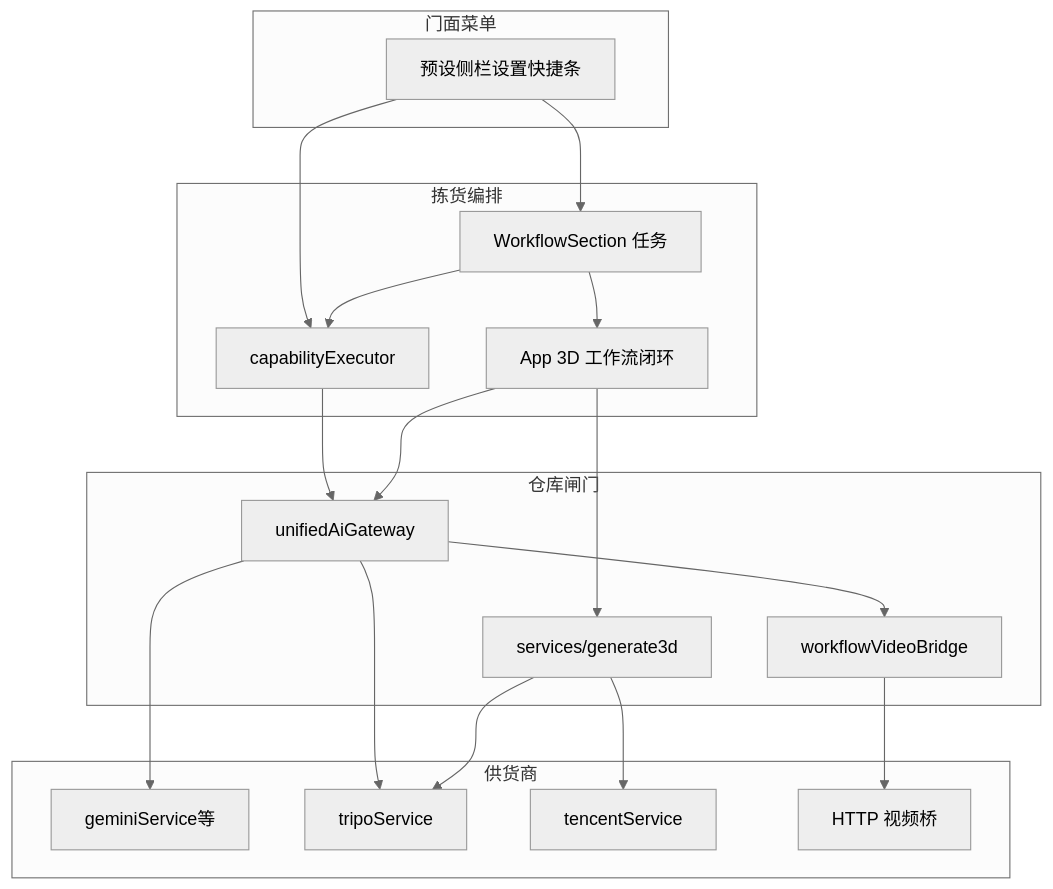
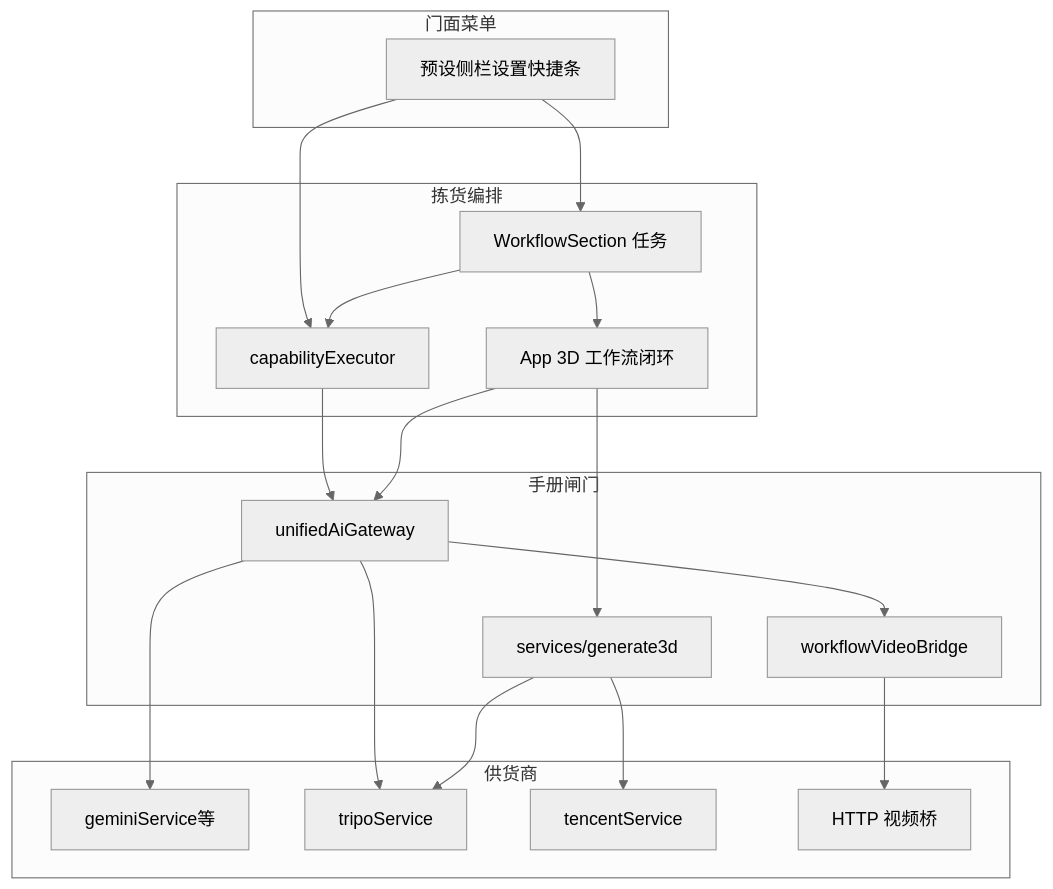
The first of 2 diagrams in docs/多模型可运营改造计划.md (eish1997/assetcutter-ai-pro), drawn with Mermaid (neutral theme) before and after one commit. The commit also changed other lines of this file and 277 other files, not shown here.

````diff
--- a/docs/多模型可运营改造计划.md
+++ b/docs/多模型可运营改造计划.md
@@ -180,35 +219,35 @@
 ```mermaid
 flowchart TB
   subgraph menu [门面菜单]
     UI[预设侧栏设置快捷条]
   end
   subgraph pick [拣货编排]
     WS[WorkflowSection 任务]
     CE[capabilityExecutor]
     APP[App 3D 工作流闭环]
   end
-  subgraph gate [仓库闸门]
+  subgraph gate [手册闸门]
     UG[unifiedAiGateway]
     G3[services/generate3d]
     VB[workflowVideoBridge]
   end
   subgraph sup [供货商]
     GEM[geminiService等]
     TR[tripoService]
     TC[tencentService]
     VID[HTTP 视频桥]
   end
   UI --> WS
   UI --> CE
   WS --> CE
   WS --> APP
   CE --> UG
   APP --> G3
   APP --> UG
   UG --> GEM
   UG --> TR
   G3 --> TR
   G3 --> TC
   UG --> VB
   VB --> VID
 ```
````
